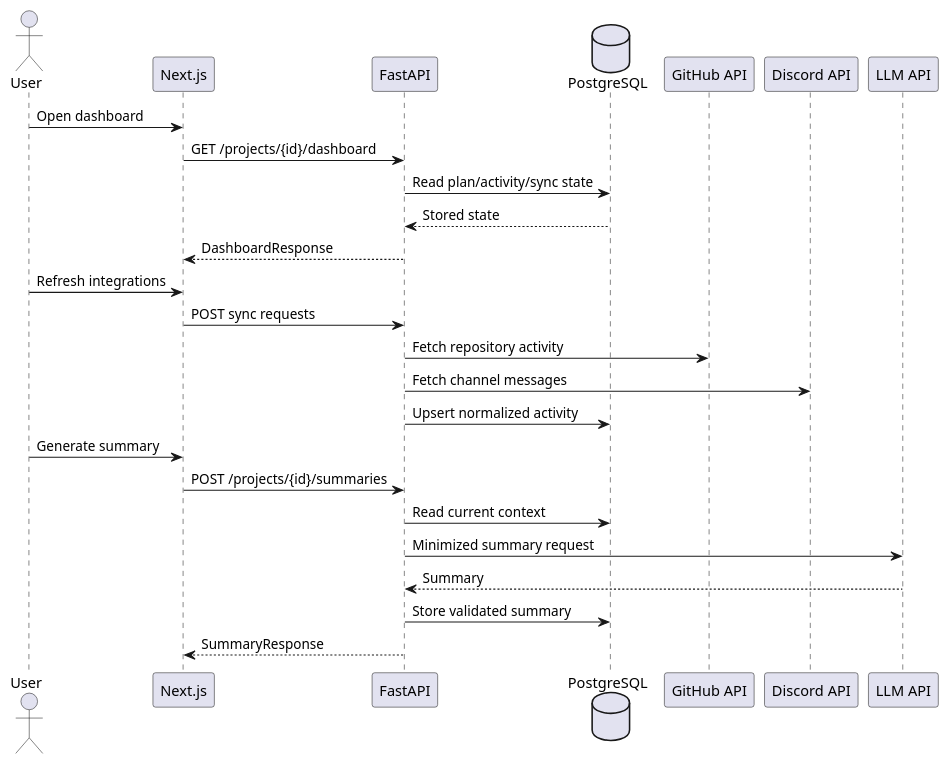
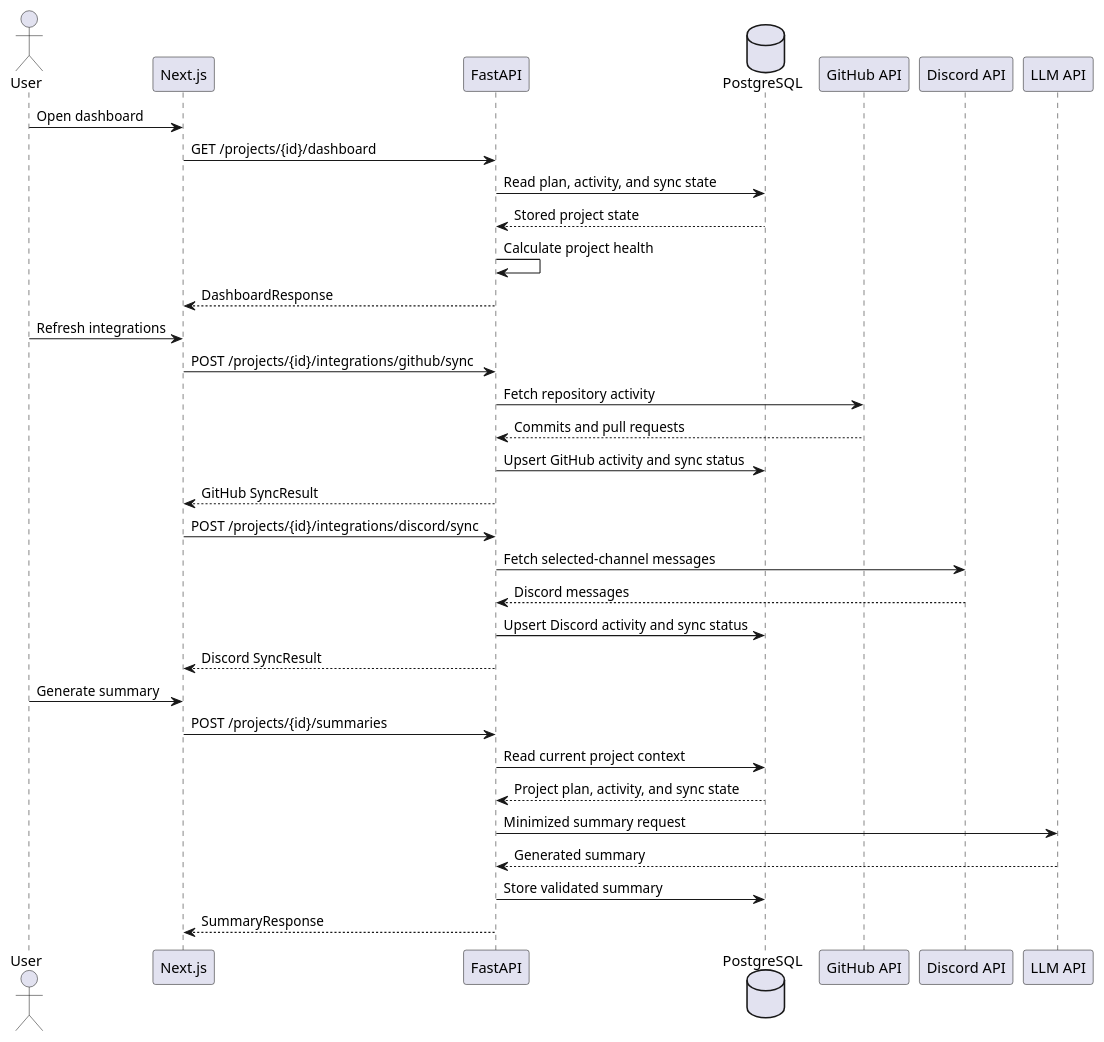
The second of 3 diagrams in PROJECT_SPEC.md (yale-swe/f26-GitTeam), drawn with PlantUML before and after one commit. The commit also changed other lines of this file, not shown here.

Commit message:
Updated project specification for DevSync

````diff
--- a/PROJECT_SPEC.md
+++ b/PROJECT_SPEC.md
@@ -216,28 +290,41 @@
 ```plantuml
 @startuml
 actor User
 participant "Next.js" as FE
 participant "FastAPI" as API
 database PostgreSQL as DB
 participant "GitHub API" as GH
 participant "Discord API" as DC
 participant "LLM API" as LLM
+
 User -> FE: Open dashboard
 FE -> API: GET /projects/{id}/dashboard
-API -> DB: Read plan/activity/sync state
-DB --> API: Stored state
+API -> DB: Read plan, activity, and sync state
+DB --> API: Stored project state
+API -> API: Calculate project health
 API --> FE: DashboardResponse
+
 User -> FE: Refresh integrations
-FE -> API: POST sync requests
+
+FE -> API: POST /projects/{id}/integrations/github/sync
 API -> GH: Fetch repository activity
-API -> DC: Fetch channel messages
-API -> DB: Upsert normalized activity
+GH --> API: Commits and pull requests
+API -> DB: Upsert GitHub activity and sync status
+API --> FE: GitHub SyncResult
+
+FE -> API: POST /projects/{id}/integrations/discord/sync
+API -> DC: Fetch selected-channel messages
+DC --> API: Discord messages
+API -> DB: Upsert Discord activity and sync status
+API --> FE: Discord SyncResult
+
 User -> FE: Generate summary
 FE -> API: POST /projects/{id}/summaries
-API -> DB: Read current context
+API -> DB: Read current project context
+DB --> API: Project plan, activity, and sync state
 API -> LLM: Minimized summary request
-LLM --> API: Summary
+LLM --> API: Generated summary
 API -> DB: Store validated summary
 API --> FE: SummaryResponse
 @enduml
 ```
````
